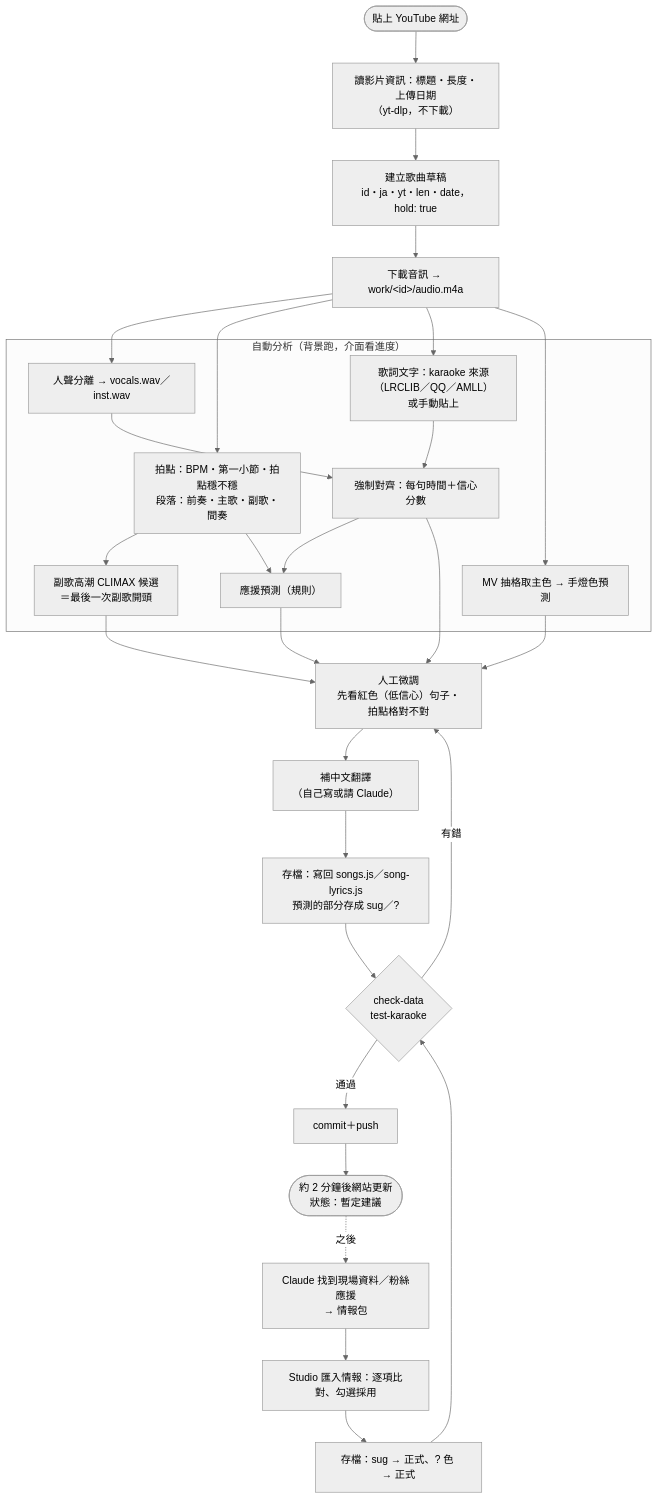
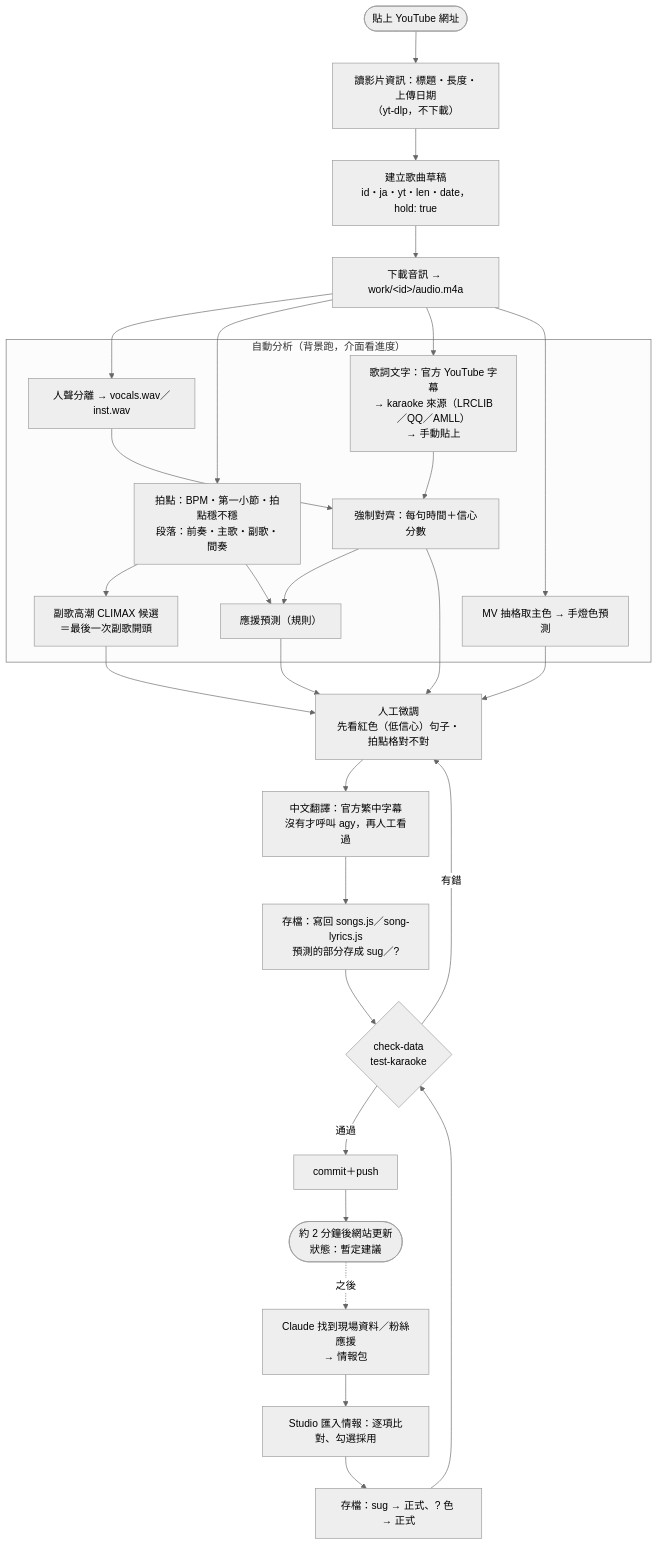
The second of 9 diagrams in docs/studio-plan.md (Gcree/ado-guide), drawn with Mermaid (neutral theme) before and after one commit. The commit also changed other lines of this file and 9 other files, not shown here.

````diff
--- a/docs/studio-plan.md
+++ b/docs/studio-plan.md
@@ -75,35 +77,35 @@
 ```mermaid
 flowchart TB
   START(["貼上 YouTube 網址"]) --> META["讀影片資訊：標題・長度・上傳日期<br/>（yt-dlp，不下載）"]
   META --> NEW["建立歌曲草稿<br/>id・ja・yt・len・date，hold: true"]
   NEW --> DLA["下載音訊 → work/&lt;id&gt;/audio.m4a"]
 
   DLA --> P1 & P2 & P3
   subgraph AUTO["自動分析（背景跑，介面看進度）"]
     P1["人聲分離 → vocals.wav／inst.wav"]
     P2["拍點：BPM・第一小節・拍點穩不穩<br/>段落：前奏・主歌・副歌・間奏"]
-    P3["歌詞文字：karaoke 來源<br/>（LRCLIB／QQ／AMLL）或手動貼上"]
+    P3["歌詞文字：官方 YouTube 字幕<br/>→ karaoke 來源（LRCLIB／QQ／AMLL）<br/>→ 手動貼上"]
     P1 --> AL["強制對齊：每句時間＋信心分數"]
     P3 --> AL
     P2 --> CX["副歌高潮 CLIMAX 候選<br/>＝最後一次副歌開頭"]
     P2 --> PRED["應援預測（規則）"]
     AL --> PRED
     MC["MV 抽格取主色 → 手燈色預測"]
   end
   DLA --> MC
 
   AL --> REVIEW
   CX --> REVIEW
   PRED --> REVIEW
   MC --> REVIEW
 
-  REVIEW["人工微調<br/>先看紅色（低信心）句子・拍點格對不對"] --> TR["補中文翻譯<br/>（自己寫或請 Claude）"]
+  REVIEW["人工微調<br/>先看紅色（低信心）句子・拍點格對不對"] --> TR["中文翻譯：官方繁中字幕<br/>沒有才呼叫 agy，再人工看過"]
   TR --> SAVE["存檔：寫回 songs.js／song-lyrics.js<br/>預測的部分存成 sug／?"]
   SAVE --> CHK{"check-data<br/>test-karaoke"}
   CHK -- 有錯 --> REVIEW
   CHK -- 通過 --> PUB["commit＋push"] --> LIVE(["約 2 分鐘後網站更新<br/>狀態：暫定建議"])
 
   LIVE -. 之後 .-> RES["Claude 找到現場資料／粉絲應援<br/>→ 情報包"]
   RES --> MERGE["Studio 匯入情報：逐項比對、勾選採用"]
   MERGE --> SAVE2["存檔：sug → 正式、? 色 → 正式"] --> CHK
 ```
````
